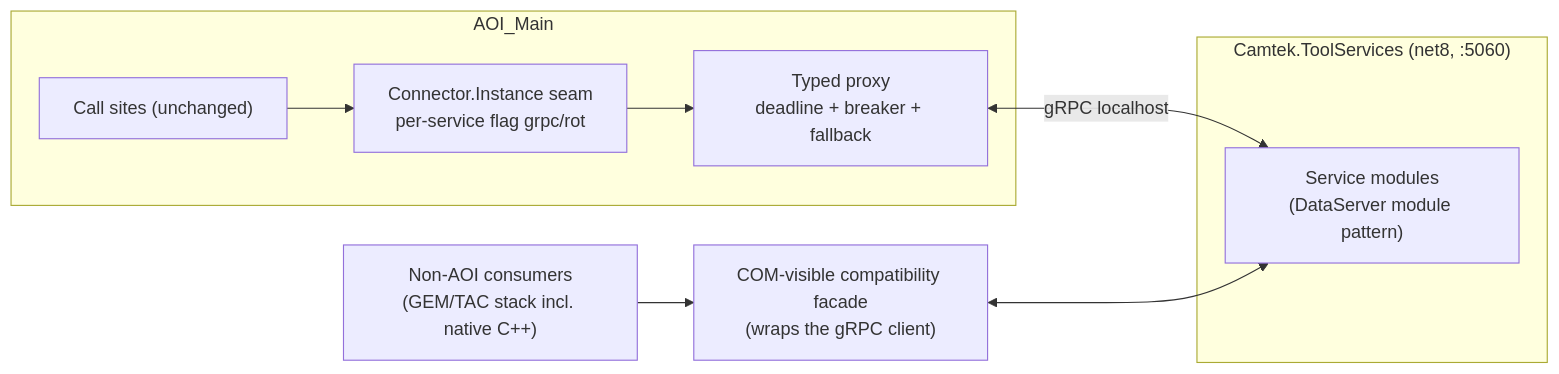
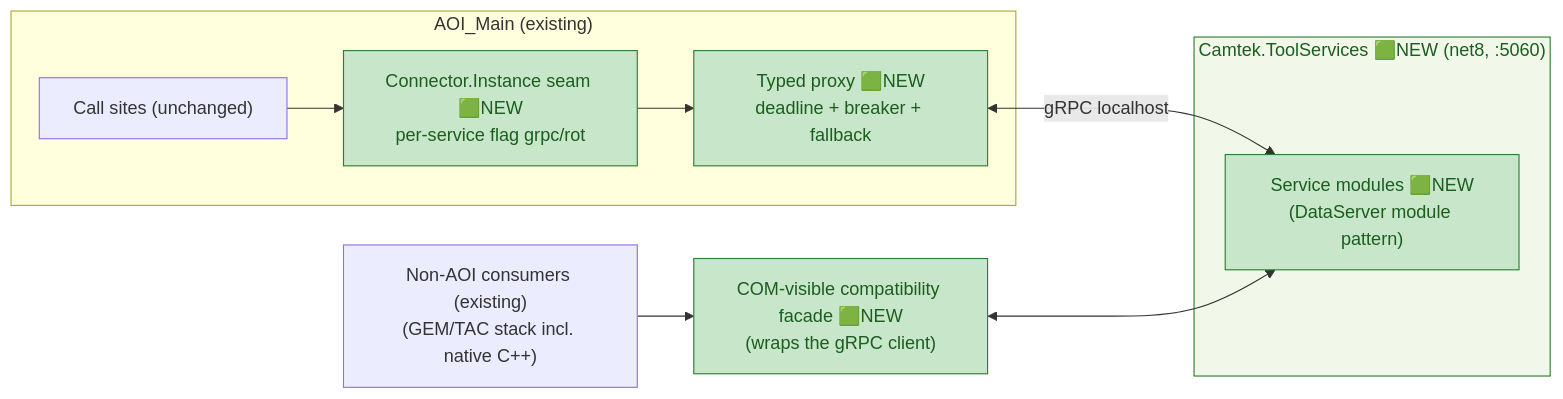
One commit to amitA-camtek/bus_gateway changed the fifth of 10 diagrams in stage/03-appendix-four-lanes.md. Above: the diagram before and after it, drawn with Mermaid. The commit also changed other lines of this file and 11 other files, not shown here.

````diff
--- a/stage/03-appendix-four-lanes.md
+++ b/stage/03-appendix-four-lanes.md
@@ -171,16 +179,20 @@
 ```mermaid
 flowchart LR
-    subgraph A2["AOI_Main"]
+    subgraph A2["AOI_Main (existing)"]
         CALL["Call sites (unchanged)"]
-        SEAM["Connector.Instance seam\nper-service flag grpc/rot"]
-        PRX["Typed proxy\ndeadline + breaker + fallback"]
+        SEAM["Connector.Instance seam 🟩NEW\nper-service flag grpc/rot"]
+        PRX["Typed proxy 🟩NEW\ndeadline + breaker + fallback"]
     end
-    subgraph H2["Camtek.ToolServices (net8, :5060)"]
-        MODS["Service modules\n(DataServer module pattern)"]
+    subgraph H2["Camtek.ToolServices 🟩NEW (net8, :5060)"]
+        MODS["Service modules 🟩NEW\n(DataServer module pattern)"]
     end
-    OTHER["Non-AOI consumers\n(GEM/TAC stack incl. native C++)"]
-    FAC["COM-visible compatibility facade\n(wraps the gRPC client)"]
+    OTHER["Non-AOI consumers (existing)\n(GEM/TAC stack incl. native C++)"]
+    FAC["COM-visible compatibility facade 🟩NEW\n(wraps the gRPC client)"]
 
     CALL --> SEAM --> PRX <-->|"gRPC localhost"| MODS
     OTHER --> FAC <--> MODS
+
+    classDef new fill:#C8E6C9,stroke:#2E7D32,color:#1B5E20;
+    class SEAM,PRX,MODS,FAC new;
+    style H2 fill:#F1F8E9,stroke:#2E7D32,color:#1B5E20;
 ```
````
